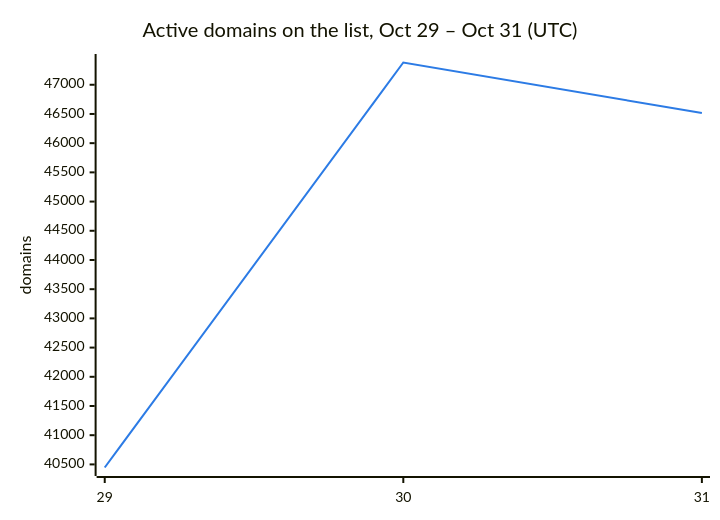
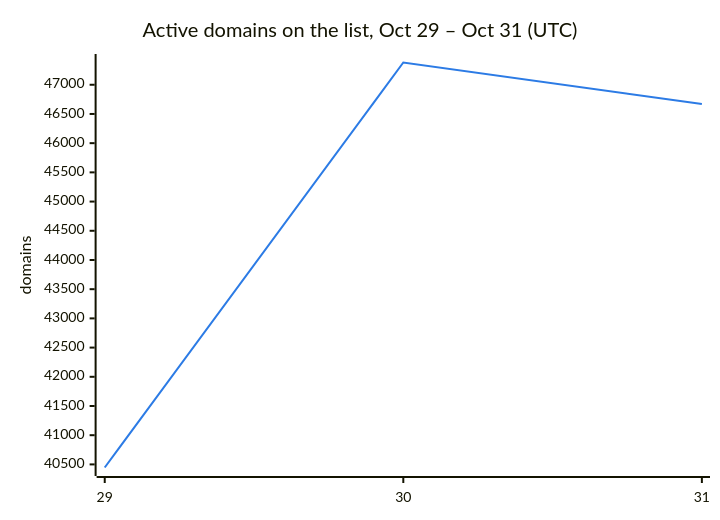
The second of 3 diagrams in README.md (DNSBunker/CTI), drawn with Mermaid before and after one commit. The commit also changed other lines of this file and 3 other files, not shown here.

````diff
--- a/README.md
+++ b/README.md
@@ -38,8 +38,8 @@
 ```mermaid
 %%{init: {"themeVariables": {"xyChart": {"plotColorPalette": "#2c7be5"}}}}%%
 xychart-beta
     title "Active domains on the list, Oct 29 – Oct 31 (UTC)"
     x-axis ["29", "30", "31"]
     y-axis "domains"
-    line [40447, 47381, 46515]
+    line [40447, 47381, 46672]
 ```
````
